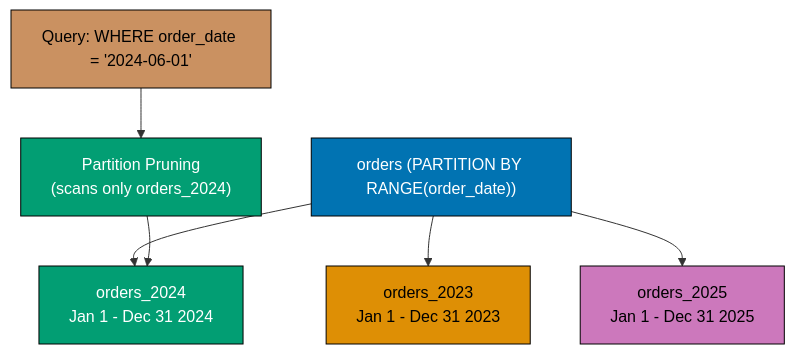
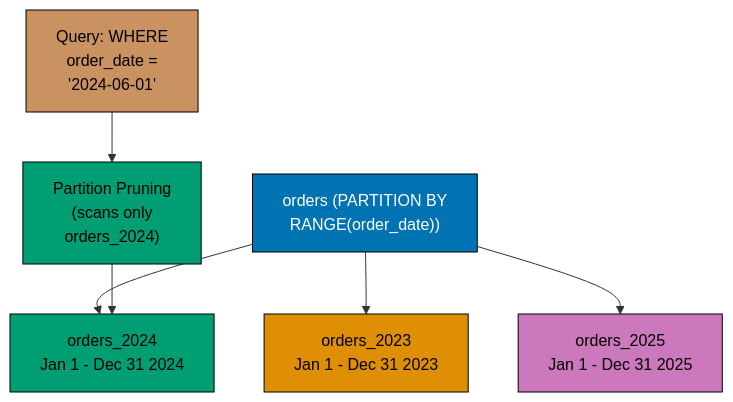
The seventh of 10 diagrams in apps/ayokoding-www/content/en/learn/legacy/software-engineering/data/databases/postgresql/by-example/advanced.md (wahidyankf/ose-public), drawn with Mermaid before and after one commit. The commit also changed other lines of this file and 131 other files, not shown here.

First line of the commit message:
fix(mermaid): bring the legacy data, infrastructure, and testing diagrams onto the accessible palette

````diff
--- a/apps/ayokoding-www/content/en/learn/legacy/software-engineering/data/databases/postgresql/by-example/advanced.md
+++ b/apps/ayokoding-www/content/en/learn/legacy/software-engineering/data/databases/postgresql/by-example/advanced.md
@@ -2515,23 +2559,31 @@
 ```mermaid
 %% Color Palette: Blue #0173B2, Orange #DE8F05, Teal #029E73, Purple #CC78BC, Brown #CA9161
 graph TD
-    A["orders (PARTITION BY RANGE(order_date))"]
+    accTitle: Example 72: Table Partitioning
+    accDescr: Graph with 6 nodes and 5 connections. Nodes: orders (PARTITION BY RANGE(order_date)), orders_2023 Jan 1 - Dec 31 2023, orders_2024 Jan 1 - Dec 31 2024, orders_2025 Jan 1 - Dec 31 2025, Query: WHERE order_date = 2024-06-01, Partition Pruning (scans only orders_2024). Connections: orders (PARTITION BY RANGE(order_date)) to orders_2023 Jan 1 - Dec 31 2023, orders (PARTITION BY RANGE(order_date)) to orders_2024 Jan 1 - Dec 31 2024, orders (PARTITION BY RANGE(order_date)) to orders_2025 Jan 1 - Dec 31 2025, Query: WHERE order_date = 2024-06-01 to Partition Pruning (scans only orders_2024), Partition Pruning (scans only orders_2024) to orders_2024 Jan 1 - Dec 31 2024.
+    A["orders (PARTITION BY<br/>RANGE(order_date))"]
     B["orders_2023<br/>Jan 1 - Dec 31 2023"]
     C["orders_2024<br/>Jan 1 - Dec 31 2024"]
     D["orders_2025<br/>Jan 1 - Dec 31 2025"]
-    E["Query: WHERE order_date = '2024-06-01'"]
-    F["Partition Pruning<br/>(scans only orders_2024)"]
+    E["Query: WHERE<br/>order_date =<br/>'2024-06-01'"]
+    F["Partition Pruning<br/>(scans only<br/>orders_2024)"]
 
     A --> B
     A --> C
     A --> D
     E --> F
     F --> C
 
-    style A fill:#0173B2,stroke:#000,color:#fff
-    style B fill:#DE8F05,stroke:#000,color:#000
-    style C fill:#029E73,stroke:#000,color:#fff
-    style D fill:#CC78BC,stroke:#000,color:#000
-    style E fill:#CA9161,stroke:#000,color:#000
-    style F fill:#029E73,stroke:#000,color:#fff
+    classDef pal-0173B2 fill:#0173B2,stroke:#000000,color:#FFFFFF
+    class A pal-0173B2
+    classDef pal-DE8F05 fill:#DE8F05,stroke:#000000,color:#000000
+    class B pal-DE8F05
+    classDef pal-029E73 fill:#029E73,stroke:#000000,color:#000000
+    class C pal-029E73
+    classDef pal-CC78BC fill:#CC78BC,stroke:#000000,color:#000000
+    class D pal-CC78BC
+    classDef pal-CA9161 fill:#CA9161,stroke:#000000,color:#000000
+    class E pal-CA9161
+    class F pal-029E73
+    classDef default fill:#FFFFFF,stroke:#000000,color:#000000
 ```
````
